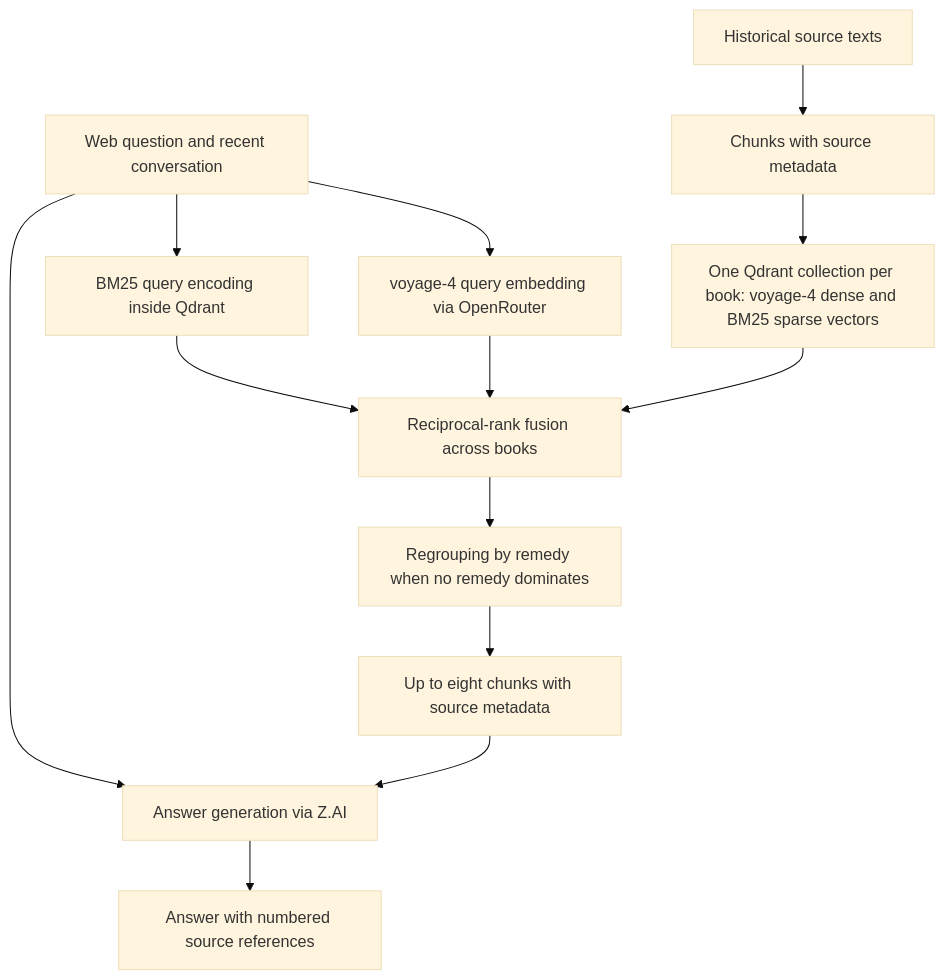
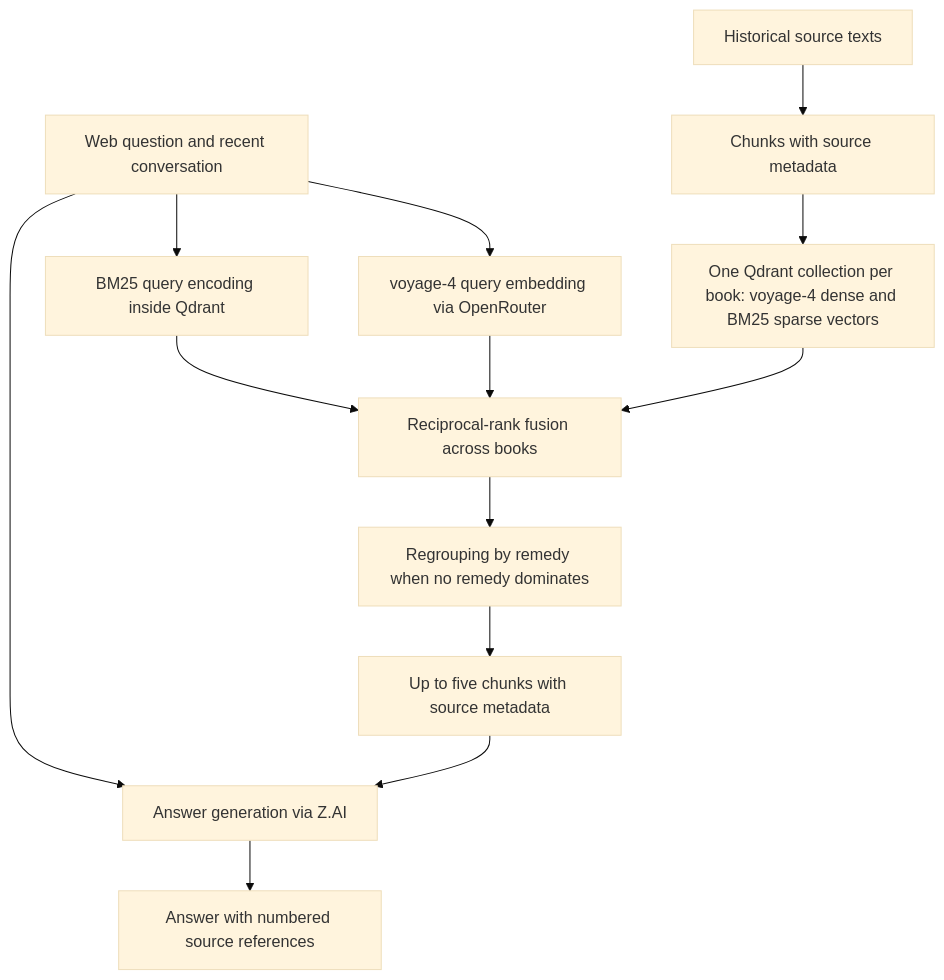
The diagram in README.md (rasagyavatsal/HomeoRemedica), drawn with Mermaid (base theme) before and after one commit. The commit also changed other lines of this file and 4 other files, not shown here.

First line of the commit message:
feat(server): answer from the five best passages instead of eight

````diff
--- a/README.md
+++ b/README.md
@@ -33,15 +33,15 @@
 ```mermaid
 flowchart TD
     A[Historical source texts] --> C[Chunks with source metadata]
     C --> E[One Qdrant collection per book: voyage-4 dense and BM25 sparse vectors]
     Q[Web question and recent conversation] --> K[BM25 query encoding inside Qdrant]
     Q --> V[voyage-4 query embedding via OpenRouter]
     K --> R[Reciprocal-rank fusion across books]
     V --> R
     E --> R
     R --> D[Regrouping by remedy when no remedy dominates]
-    D --> P[Up to eight chunks with source metadata]
+    D --> P[Up to five chunks with source metadata]
     Q --> G[Answer generation via Z.AI]
     P --> G
     G --> O[Answer with numbered source references]
 ```
````
